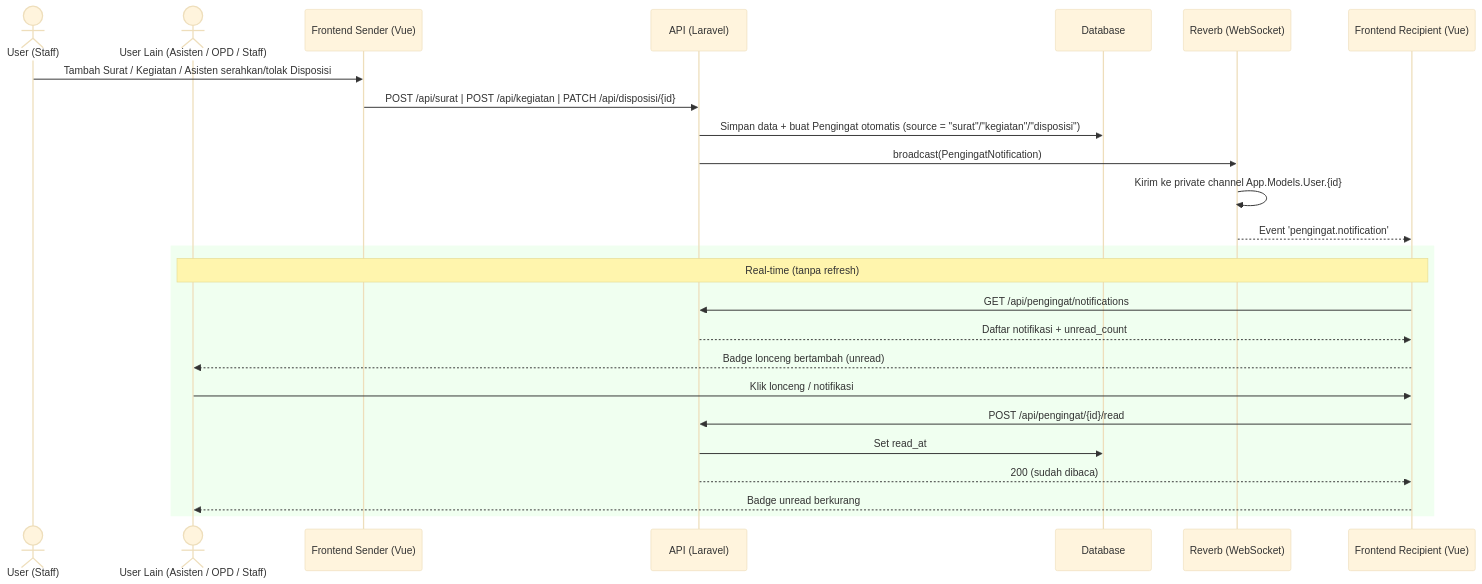
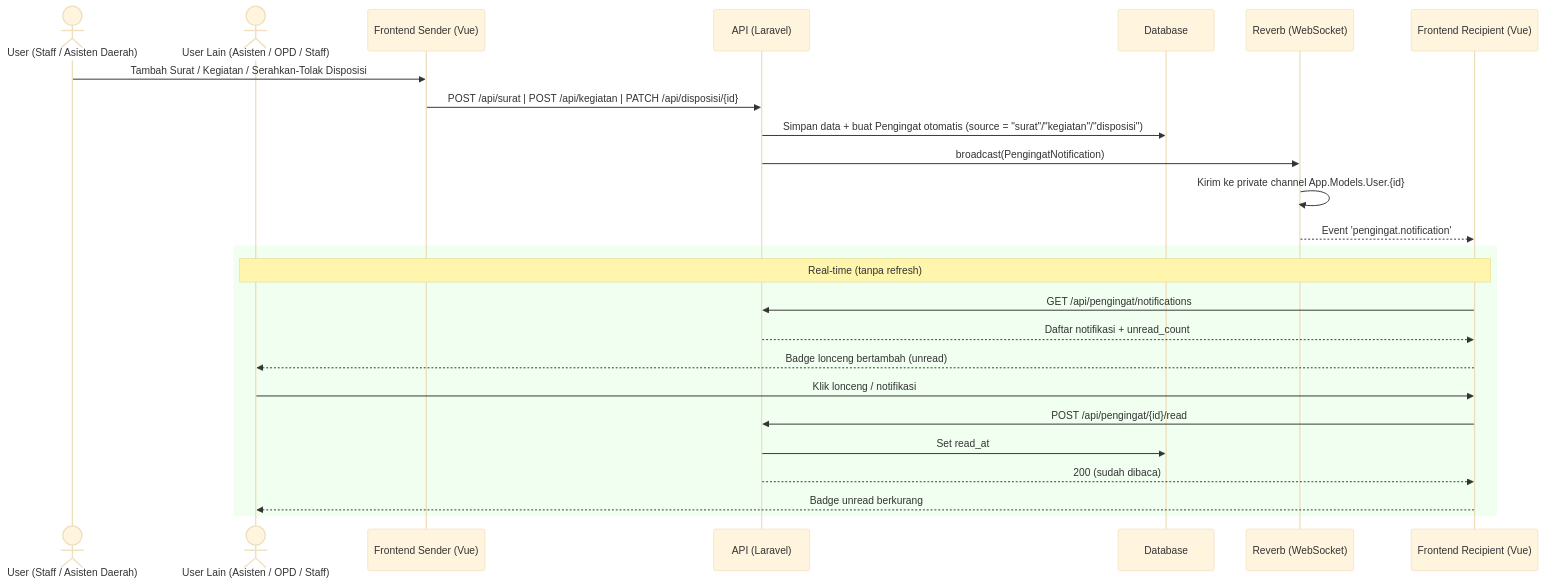
Before and after one commit to cisnatinnov/SI_Pengelolaan_Data_Agenda: diagram 12 of 28 in laravel-vue-mvc/docs/UML_Documentation.md, drawn with Mermaid (base theme). The commit also changed other lines of this file and 44 other files, not shown here.

First line of the commit message:
Add and update diagrams for various features; remove outdated diagrams

````diff
--- a/laravel-vue-mvc/docs/UML_Documentation.md
+++ b/laravel-vue-mvc/docs/UML_Documentation.md
@@ -340,29 +453,29 @@
 ```mermaid
 sequenceDiagram
-    actor Sender as User (Staff)
+    actor Sender as User (Staff / Asisten Daerah)
     actor Recipient as User Lain (Asisten / OPD / Staff)
     participant UI_A as Frontend Sender (Vue)
     participant API as API (Laravel)
     participant DB as Database
     participant WS as Reverb (WebSocket)
     participant UI_B as Frontend Recipient (Vue)
 
-    Sender->>UI_A: Tambah Surat / Kegiatan / Asisten serahkan/tolak Disposisi
+    Sender->>UI_A: Tambah Surat / Kegiatan / Serahkan-Tolak Disposisi
     UI_A->>API: POST /api/surat | POST /api/kegiatan | PATCH /api/disposisi/{id}
     API->>DB: Simpan data + buat Pengingat otomatis (source = "surat"/"kegiatan"/"disposisi")
     API->>WS: broadcast(PengingatNotification)
     WS->>WS: Kirim ke private channel App.Models.User.{id}
     WS-->>UI_B: Event 'pengingat.notification'
 
     rect rgb(240, 255, 240)
         Note over UI_B,Recipient: Real-time (tanpa refresh)
         UI_B->>API: GET /api/pengingat/notifications
         API-->>UI_B: Daftar notifikasi + unread_count
         UI_B-->>Recipient: Badge lonceng bertambah (unread)
         Recipient->>UI_B: Klik lonceng / notifikasi
         UI_B->>API: POST /api/pengingat/{id}/read
         API->>DB: Set read_at
         API-->>UI_B: 200 (sudah dibaca)
         UI_B-->>Recipient: Badge unread berkurang
     end
 ```
````
